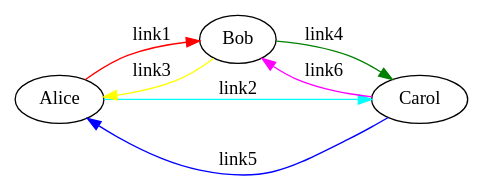
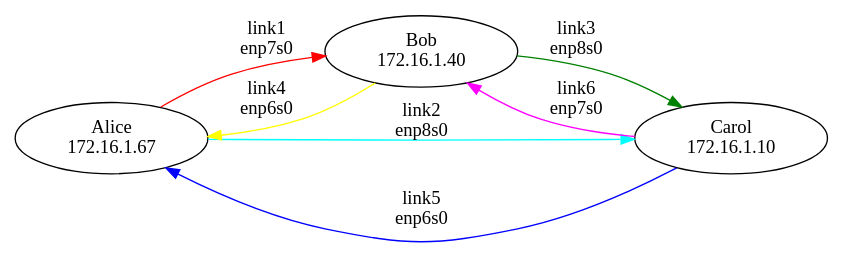
The diagram in triangle-complex.gv (earthcomputing/bjackson-triangle-demo), drawn with Graphviz before and after one commit. The commit also changed 3 other files, not shown here.

```diff
--- a/triangle-complex.gv
+++ b/triangle-complex.gv
@@ -1,11 +1,27 @@
 digraph G {
     rankdir=LR
 
-    Alice:p2 -> Bob:p1 [label="link1" color=red]
-    Bob:p3 -> Carol:p2 [label="link4" color=green]
-    Carol:p1 -> Alice:p3 [label="link5" color=blue]
+    Alice [label="Alice\n172.16.1.67"]
+    Bob [label="Bob\n172.16.1.40"]
+    Carol [label="Carol\n172.16.1.10"]
 
-    Alice:p3 -> Carol:p1 [label="link2" color=cyan]
-    Carol:p2 -> Bob:p3 [label="link6" color=magenta]
-    Bob:p1 -> Alice:p2 [label="link3" color=yellow]
+    Alice:p2 -> Bob:p1 [label="link1\nenp7s0" color=red]
+    Bob:p3 -> Carol:p2 [label="link3\nenp8s0" color=green]
+    Carol:p1 -> Alice:p3 [label="link5\nenp6s0" color=blue]
+
+    Alice:p3 -> Carol:p1 [label="link2\nenp8s0" color=cyan]
+    Carol:p2 -> Bob:p3 [label="link6\nenp7s0" color=magenta]
+    Bob:p1 -> Alice:p2 [label="link4\nenp6s0" color=yellow]
 }
+
+/*
+link matrix (3 forward, 3 backward)
+
+        A/enp6  B/enp7  C/enp8
+A/enp6  -       1       2
+B/enp7  4       -       3
+C/enp8  5       6       -
+
+numbered starting at 1 ; 0 reserved for cell-agent
+port_map = [ 'enp6s0', 'enp7s0', 'enp8s0', 'enp9s0' ];
+*/
```
